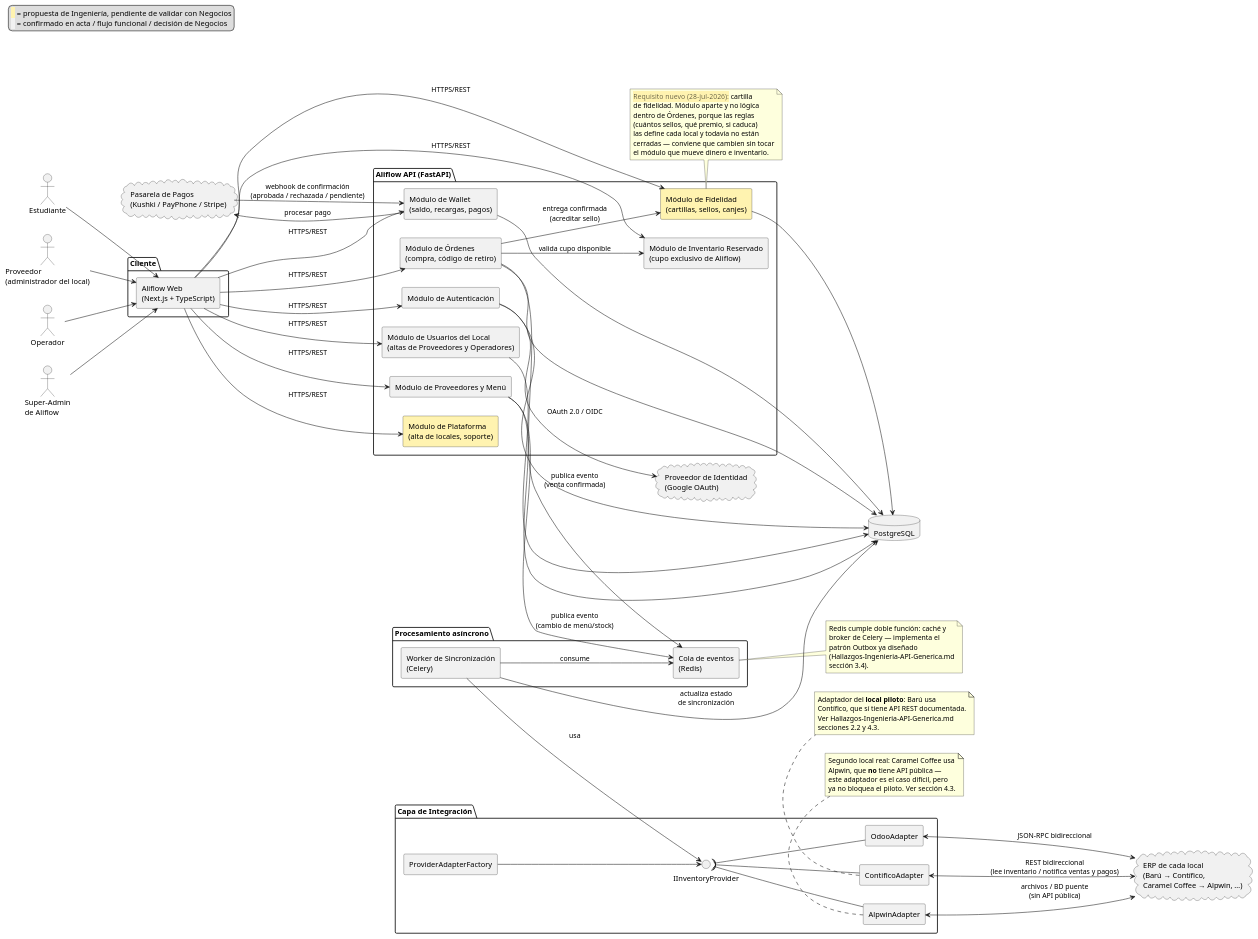
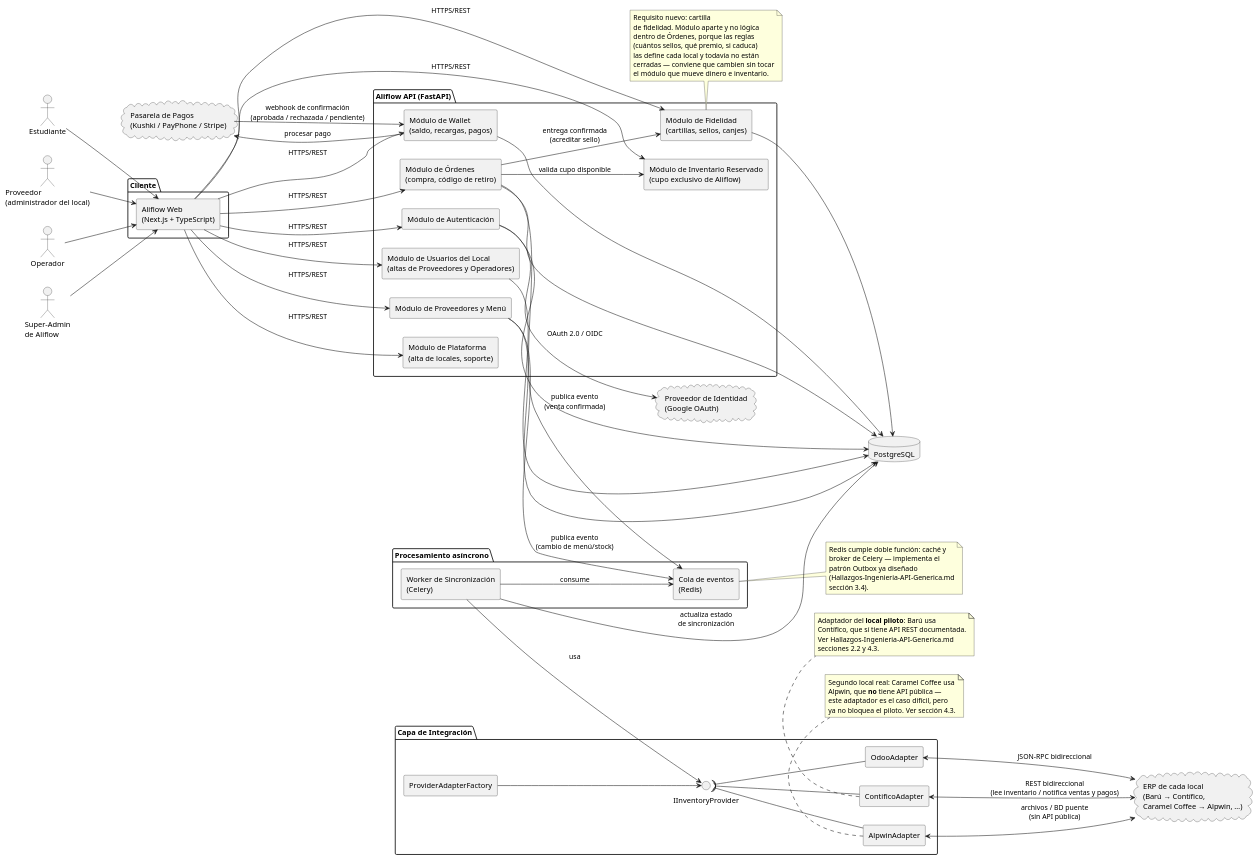
Before and after one commit to Jesus-JB/aliflow: the diagram in Entregables/uml/diagrama-componentes.puml, drawn with PlantUML. The commit also changed 86 other files, not shown here.

```diff
--- a/Entregables/uml/diagrama-componentes.puml
+++ b/Entregables/uml/diagrama-componentes.puml
@@ -1,126 +1,121 @@
 @startuml diagrama-componentes-aliflow
 
 skinparam componentStyle rectangle
 left to right direction
-
-legend top left
-  <back:#FFF3B0>  </back> = propuesta de Ingeniería, pendiente de validar con Negocios
-  <back:#F1F1F1>  </back> = confirmado en acta / flujo funcional / decisión de Negocios
-endlegend
 
 actor Estudiante
 actor "Proveedor\n(administrador del local)" as Proveedor
 actor Operador
 actor "Super-Admin\nde Aliflow" as SuperAdmin
 
 package "Cliente" {
   [Aliflow Web\n(Next.js + TypeScript)] as WEB
 }
 
 package "Aliflow API (FastAPI)" {
   [Módulo de Autenticación] as AUTH
   [Módulo de Wallet\n(saldo, recargas, pagos)] as WALLET
   [Módulo de Órdenes\n(compra, código de retiro)] as ORDERS
   [Módulo de Proveedores y Menú] as PROVMOD
   [Módulo de Inventario Reservado\n(cupo exclusivo de Aliflow)] as INVMOD
   [Módulo de Usuarios del Local\n(altas de Proveedores y Operadores)] as USERMOD
-  [Módulo de Fidelidad\n(cartillas, sellos, canjes)] as LOYALTY #FFF3B0
-  [Módulo de Plataforma\n(alta de locales, soporte)] as PLATMOD #FFF3B0
+  [Módulo de Fidelidad\n(cartillas, sellos, canjes)] as LOYALTY
+  [Módulo de Plataforma\n(alta de locales, soporte)] as PLATMOD
 }
 
 package "Capa de Integración" {
   interface IInventoryProvider
   [ProviderAdapterFactory] as FACTORY
   [ContificoAdapter] as CONTIFICOA
   [AlpwinAdapter] as ALPWINA
   [OdooAdapter] as ODOOA
 
   FACTORY --> IInventoryProvider
   CONTIFICOA -up-( IInventoryProvider
   ALPWINA -up-( IInventoryProvider
   ODOOA -up-( IInventoryProvider
 }
 
 package "Procesamiento asíncrono" {
   [Cola de eventos\n(Redis)] as QUEUE
   [Worker de Sincronización\n(Celery)] as WORKER
 }
 
 database "PostgreSQL" as DB
 
 cloud "Proveedor de Identidad\n(Google OAuth)" as IDP
 cloud "Pasarela de Pagos\n(Kushki / PayPhone / Stripe)" as PAY
 cloud "ERP de cada local\n(Barú → Contífico,\nCaramel Coffee → Alpwin, …)" as ERP
 
 Estudiante --> WEB
 Proveedor --> WEB
 Operador --> WEB
 SuperAdmin --> WEB
 
 WEB --> AUTH : HTTPS/REST
 WEB --> WALLET : HTTPS/REST
 WEB --> ORDERS : HTTPS/REST
 WEB --> PROVMOD : HTTPS/REST
 WEB --> INVMOD : HTTPS/REST
 WEB --> USERMOD : HTTPS/REST
 WEB --> PLATMOD : HTTPS/REST
 
 ORDERS --> INVMOD : valida cupo disponible
 PAY --> WALLET : webhook de confirmación\n(aprobada / rechazada / pendiente)
 WEB --> LOYALTY : HTTPS/REST
 
 AUTH --> IDP : OAuth 2.0 / OIDC
 WALLET --> PAY : procesar pago
 
 AUTH --> DB
 WALLET --> DB
 ORDERS --> DB
 PROVMOD --> DB
 USERMOD --> DB
 LOYALTY --> DB
 
 ORDERS --> LOYALTY : entrega confirmada\n(acreditar sello)
 ORDERS --> QUEUE : publica evento\n(venta confirmada)
 PROVMOD --> QUEUE : publica evento\n(cambio de menú/stock)
 
 WORKER --> QUEUE : consume
 WORKER --> IInventoryProvider : usa
 WORKER --> DB : actualiza estado\nde sincronización
 
 CONTIFICOA <--> ERP : REST bidireccional\n(lee inventario / notifica ventas y pagos)
 ODOOA <--> ERP : JSON-RPC bidireccional
 ALPWINA <--> ERP : archivos / BD puente\n(sin API pública)
 
 note bottom of CONTIFICOA
   Adaptador del **local piloto**: Barú usa
   Contífico, que sí tiene API REST documentada.
   Ver Hallazgos-Ingenieria-API-Generica.md
   secciones 2.2 y 4.3.
 end note
 
 note bottom of ALPWINA
   Segundo local real: Caramel Coffee usa
   Alpwin, que **no** tiene API pública —
   este adaptador es el caso difícil, pero
   ya no bloquea el piloto. Ver sección 4.3.
 end note
 
 note bottom of LOYALTY
-  <back:#FFF3B0>Requisito nuevo (28-jul-2026):</back> cartilla
+  Requisito nuevo: cartilla
   de fidelidad. Módulo aparte y no lógica
   dentro de Órdenes, porque las reglas
   (cuántos sellos, qué premio, si caduca)
   las define cada local y todavía no están
   cerradas — conviene que cambien sin tocar
   el módulo que mueve dinero e inventario.
 end note
 
 note right of QUEUE
   Redis cumple doble función: caché y
   broker de Celery — implementa el
   patrón Outbox ya diseñado
   (Hallazgos-Ingenieria-API-Generica.md
   sección 3.4).
 end note
 
 @enduml
```
